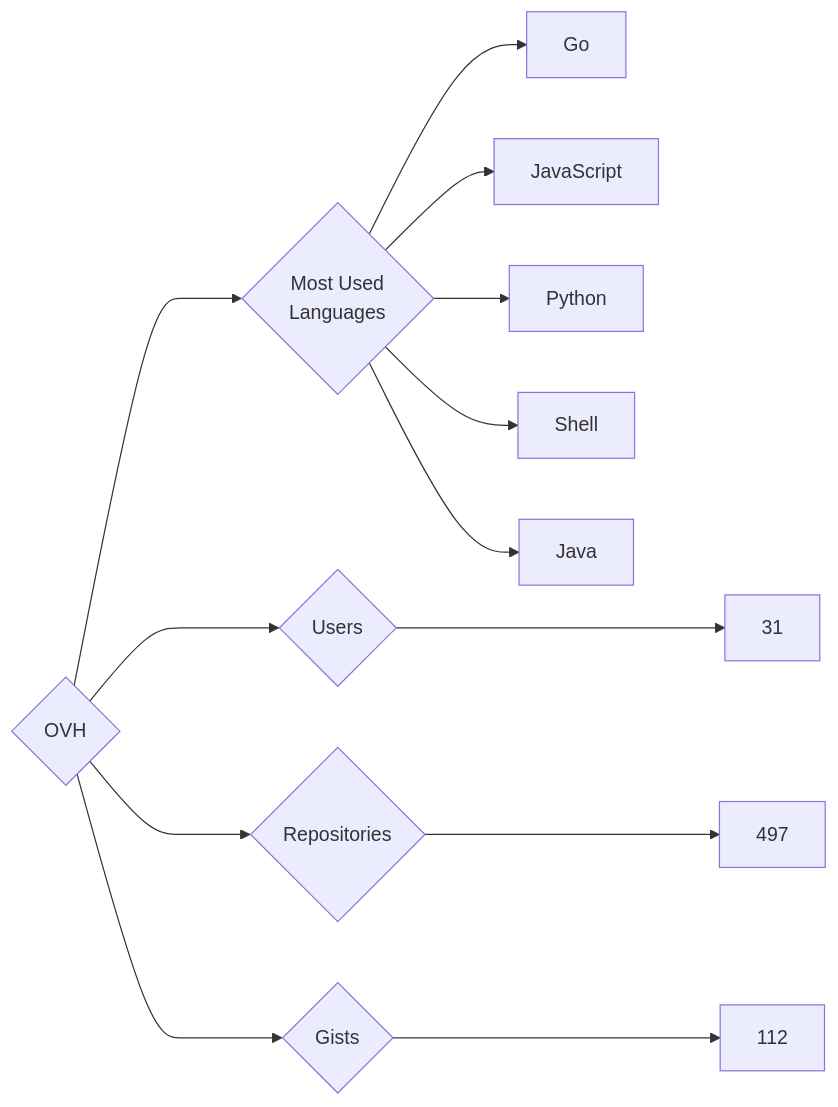
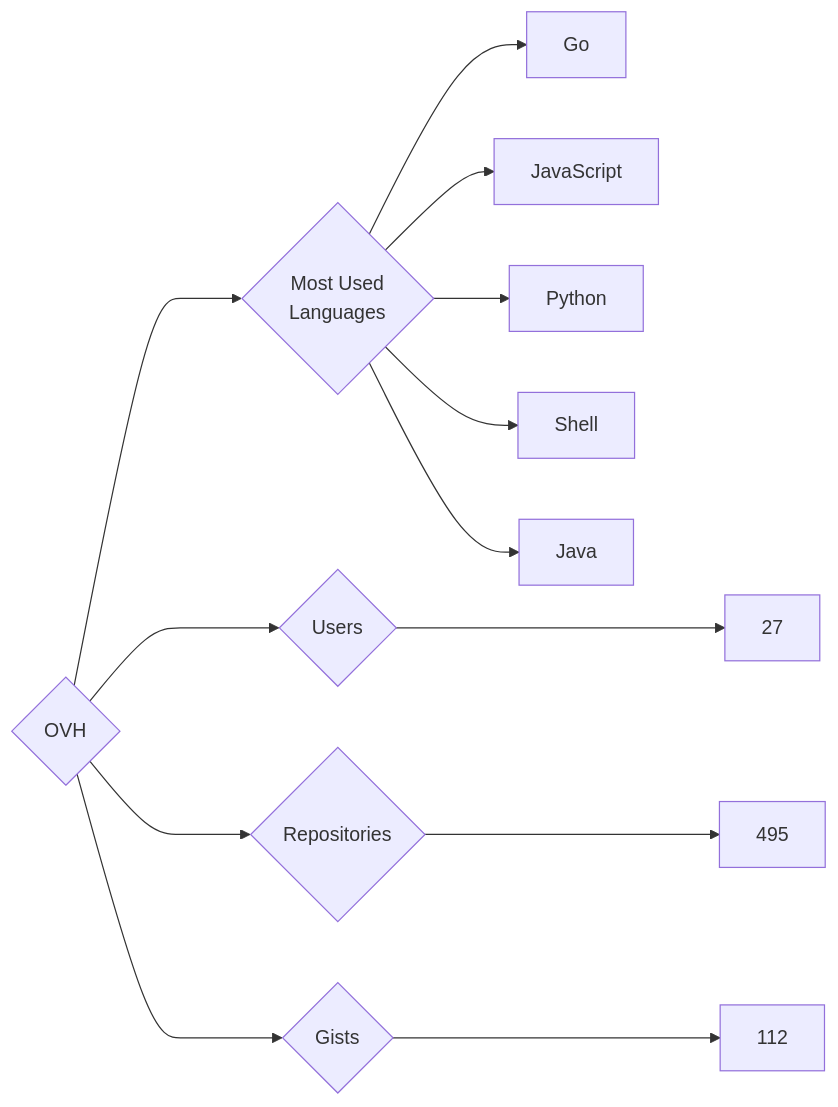
One commit to trickest/insiders changed the diagram in targets/OVH/README.md. Above: the diagram before and after it, drawn with Mermaid. The commit also changed 877 other files, not shown here.

````diff
--- a/targets/OVH/README.md
+++ b/targets/OVH/README.md
@@ -3,13 +3,13 @@
 ```mermaid
 graph LR
 COMPANY_NAME{OVH}
-COMPANY_NAME ---> U{Users} ---> UN[31]
-COMPANY_NAME ---> R{Repositories} ---> RN[497]
+COMPANY_NAME ---> U{Users} ---> UN[27]
+COMPANY_NAME ---> R{Repositories} ---> RN[495]
 COMPANY_NAME ---> G{Gists} ---> GN[112]
 COMPANY_NAME ---> ML{Most Used<br>Languages}
 ML --> Go[Go]
 ML --> JavaScript[JavaScript]
 ML --> Python[Python]
 ML --> Shell[Shell]
 ML --> Java[Java]
 ```
````
